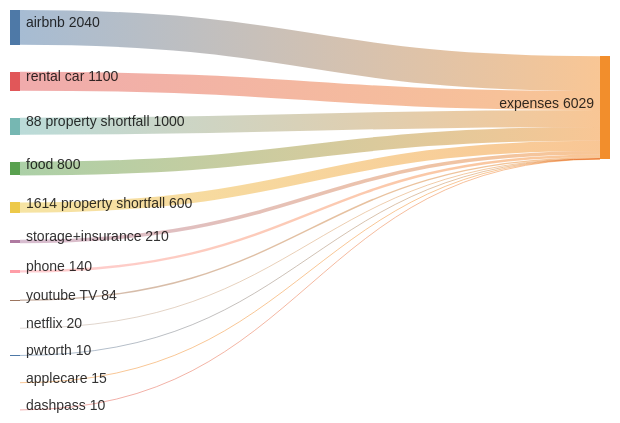
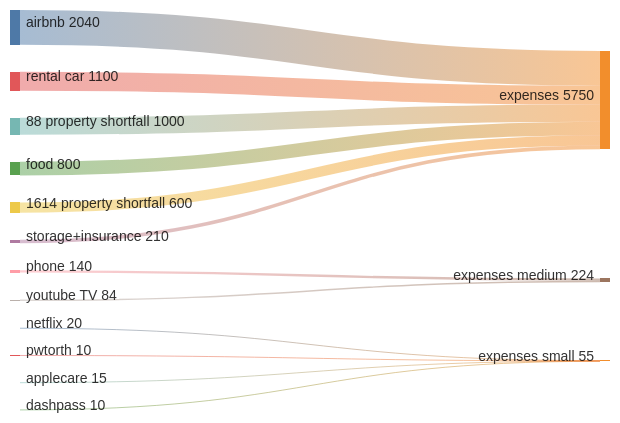
Before and after one commit to sarnobat/mermaid: the first of 6 diagrams in README.md, drawn with Mermaid.

````diff
--- a/README.md
+++ b/README.md
@@ -5,20 +5,20 @@
 ```mermaid
 ---
 config:
   sankey:
     showValues: true
 ---
 sankey-beta
 airbnb,expenses,2040
 rental car,expenses,1100
 88 property shortfall,expenses,1000
 food,expenses,800
 1614 property shortfall,expenses,600
 storage+insurance,expenses,210
-phone,expenses,140
-youtube TV,expenses,84
-netflix,expenses,20
-pwtorth,expenses,10
-applecare,expenses,15
-dashpass,expenses,10
+phone,expenses medium,140
+youtube TV,expenses medium,84
+netflix,expenses small,20
+pwtorth,expenses small,10
+applecare,expenses small,15
+dashpass,expenses small,10
 ```
````
